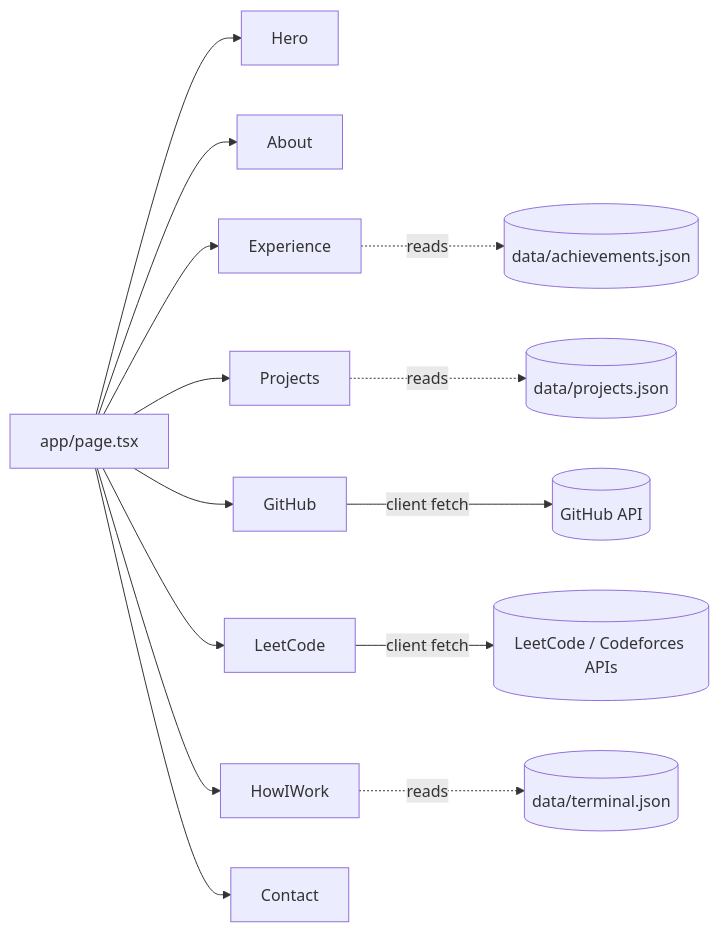
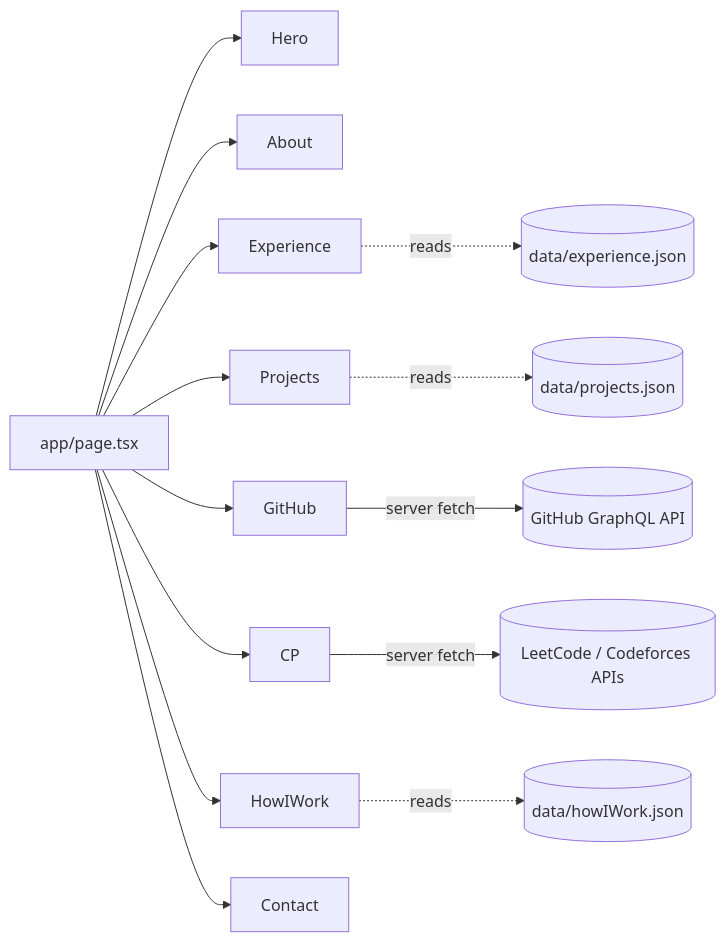
One commit to AdityaKumar1511/portfolio_ changed the diagram in README.md. Above: the diagram before and after it, drawn with Mermaid. The commit also changed other lines of this file and 39 other files, not shown here.

````diff
--- a/README.md
+++ b/README.md
@@ -66,18 +59,18 @@
 ```mermaid
 flowchart LR
     A[app/page.tsx] --> B[Hero]
     A --> C[About]
     A --> D[Experience]
     A --> E[Projects]
     A --> F[GitHub]
-    A --> G[LeetCode]
+    A --> G[CP]
     A --> H[HowIWork]
     A --> I[Contact]
 
     E -.reads.-> J[(data/projects.json)]
-    D -.reads.-> K[(data/achievements.json)]
-    H -.reads.-> L[(data/terminal.json)]
+    D -.reads.-> K[(data/experience.json)]
+    H -.reads.-> L[(data/howIWork.json)]
 
-    F -->|client fetch| M[(GitHub API)]
-    G -->|client fetch| N[(LeetCode / Codeforces APIs)]
+    F -->|server fetch| M[(GitHub GraphQL API)]
+    G -->|server fetch| N[(LeetCode / Codeforces APIs)]
 ```
````
